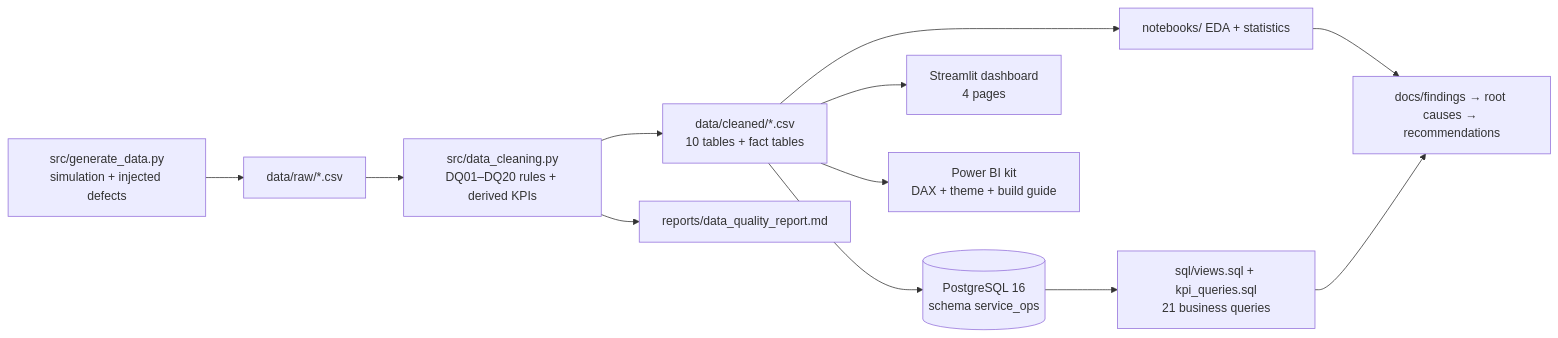
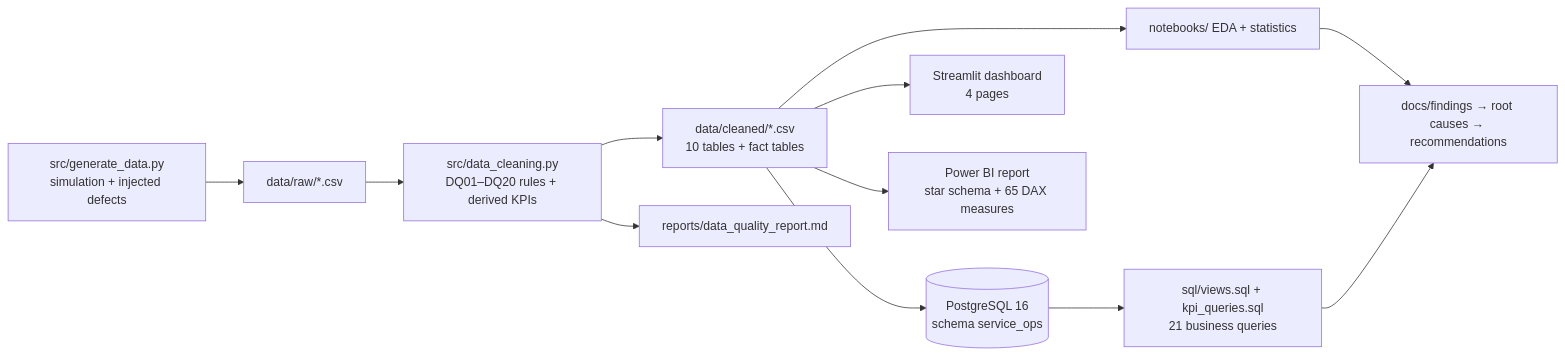
One commit to srinivxs/vehicle-service-operations-analytics changed the diagram in README.md. Above: the diagram before and after it, drawn with Mermaid. The commit also changed other lines of this file and 136 other files, not shown here.

First line of the commit message:
Add Power BI report (.pbix) generated as a Power BI Project

````diff
--- a/README.md
+++ b/README.md
@@ -65,14 +65,14 @@
 ```mermaid
 flowchart LR
     A[src/generate_data.py<br/>simulation + injected defects] --> B[data/raw/*.csv]
     B --> C[src/data_cleaning.py<br/>DQ01–DQ20 rules + derived KPIs]
     C --> D[data/cleaned/*.csv<br/>10 tables + fact tables]
     C --> Q[reports/data_quality_report.md]
     D --> E[(PostgreSQL 16<br/>schema service_ops)]
     E --> F[sql/views.sql + kpi_queries.sql<br/>21 business queries]
     D --> G[notebooks/ EDA + statistics]
     D --> H[Streamlit dashboard<br/>4 pages]
-    D --> P[Power BI kit<br/>DAX + theme + build guide]
+    D --> P[Power BI report<br/>star schema + 65 DAX measures]
     G --> I[docs/findings → root causes → recommendations]
     F --> I
 ```
````
